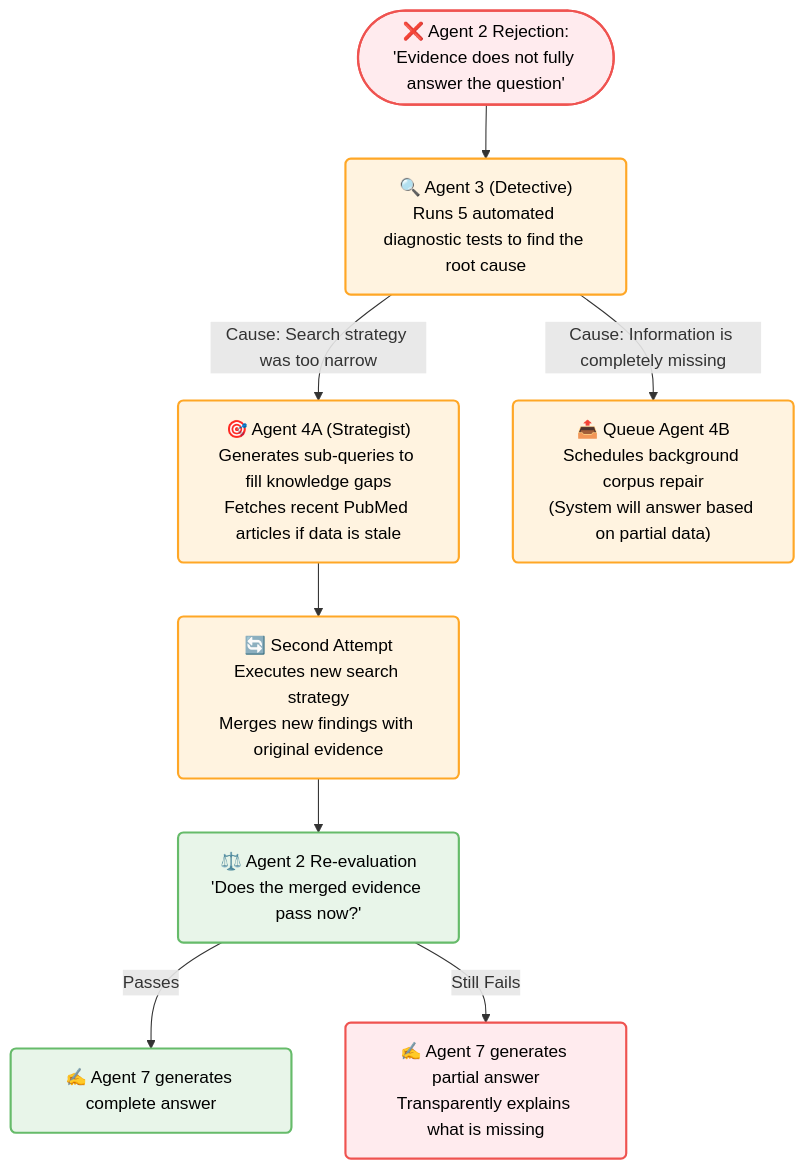
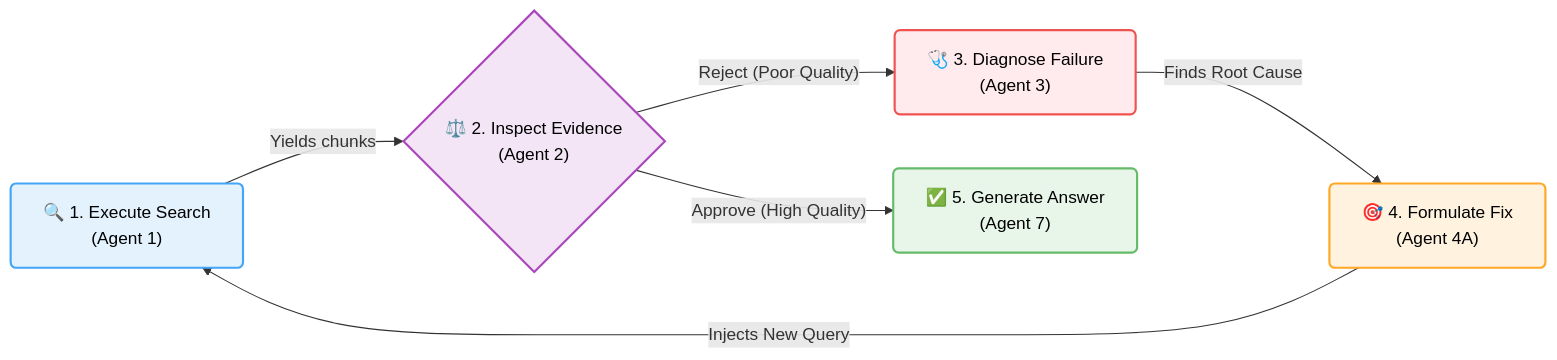
One commit to pavan939111/SelfLearning_Rag changed the fourth of 5 diagrams in README.md. Above: the diagram before and after it, drawn with Mermaid. The commit also changed other lines of this file, not shown here.

Commit message:
docs: add hybrid retrieval diagram and convert repair cycle to a true circular layout

````diff
--- a/README.md
+++ b/README.md
@@ -118,23 +152,24 @@
 ```mermaid
-flowchart TD
+flowchart LR
+    classDef process fill:#e3f2fd,stroke:#42a5f5,stroke-width:2px,color:#000,rx:5px
+    classDef evaluate fill:#f3e5f5,stroke:#ab47bc,stroke-width:2px,color:#000,rx:5px
     classDef fail fill:#ffebee,stroke:#ef5350,stroke-width:2px,color:#000,rx:5px
     classDef repair fill:#fff3e0,stroke:#ffa726,stroke-width:2px,color:#000,rx:5px
     classDef success fill:#e8f5e9,stroke:#66bb6a,stroke-width:2px,color:#000,rx:5px
 
-    FAIL(["❌ Agent 2 Rejection:\n'Evidence does not fully answer the question'"]):::fail --> A3
+    %% Define the cyclical nodes
+    RETRIEVE["🔍 1. Execute Search\n(Agent 1)"]:::process
+    INSPECT{"⚖️ 2. Inspect Evidence\n(Agent 2)"}:::evaluate
+    DIAGNOSE["🩺 3. Diagnose Failure\n(Agent 3)"]:::fail
+    FORMULATE["🎯 4. Formulate Fix\n(Agent 4A)"]:::repair
+    ANSWER["✅ 5. Generate Answer\n(Agent 7)"]:::success
 
-    A3["🔍 Agent 3 (Detective)\nRuns 5 automated diagnostic tests to find the root cause"]:::repair
+    %% Create the cycle
+    RETRIEVE -->|"Yields chunks"| INSPECT
+    INSPECT -->|"Reject (Poor Quality)"| DIAGNOSE
+    DIAGNOSE -->|"Finds Root Cause"| FORMULATE
+    FORMULATE -->|"Injects New Query"| RETRIEVE
 
-    A3 -->|"Cause: Search strategy was too narrow"| A4A
-    A3 -->|"Cause: Information is completely missing"| EXIT
-
-    A4A["🎯 Agent 4A (Strategist)\nGenerates sub-queries to fill knowledge gaps\nFetches recent PubMed articles if data is stale"]:::repair
-
-    EXIT["📤 Queue Agent 4B\nSchedules background corpus repair\n(System will answer based on partial data)"]:::repair
-
-    A4A --> RETRY["🔄 Second Attempt\nExecutes new search strategy\nMerges new findings with original evidence"]:::repair
-    RETRY --> CHECK["⚖️ Agent 2 Re-evaluation\n'Does the merged evidence pass now?'"]:::success
-
-    CHECK -->|"Passes"| GEN["✍️ Agent 7 generates complete answer"]:::success
-    CHECK -->|"Still Fails"| HONEST["✍️ Agent 7 generates partial answer\nTransparently explains what is missing"]:::fail
+    %% Exit the cycle
+    INSPECT -->|"Approve (High Quality)"| ANSWER
 ```
````
